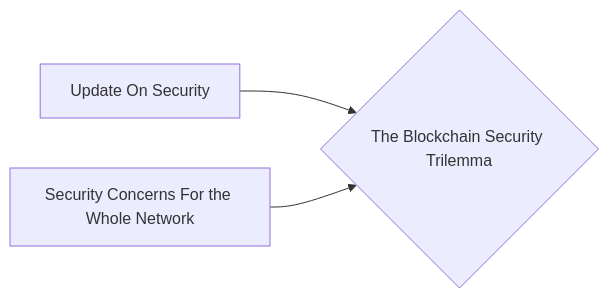
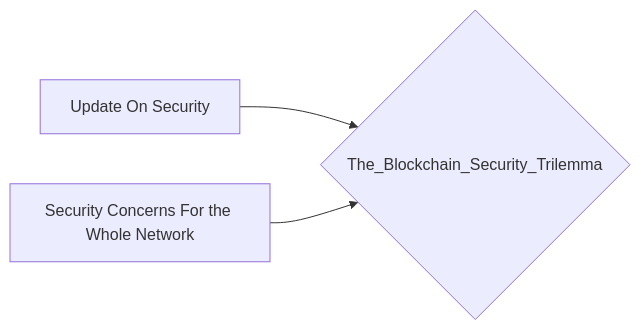
One commit to lpurdy01/crypto-knowledge-map changed the diagram in notes/The_Blockchain_Security_Trilemma.md. Above: the diagram before and after it, drawn with Mermaid. The commit also changed 161 other files, not shown here.

````diff
--- a/notes/The_Blockchain_Security_Trilemma.md
+++ b/notes/The_Blockchain_Security_Trilemma.md
@@ -9,5 +9,5 @@
 ```mermaid
 graph LR
-1["Update On Security"]-->0{"The Blockchain Security Trilemma"}
-2["Security Concerns For the Whole Network"]-->0{"The Blockchain Security Trilemma"}
+1["Update On Security"]-->0{"The_Blockchain_Security_Trilemma"}
+2["Security Concerns For the Whole Network"]-->0{"The_Blockchain_Security_Trilemma"}
 ```
````
